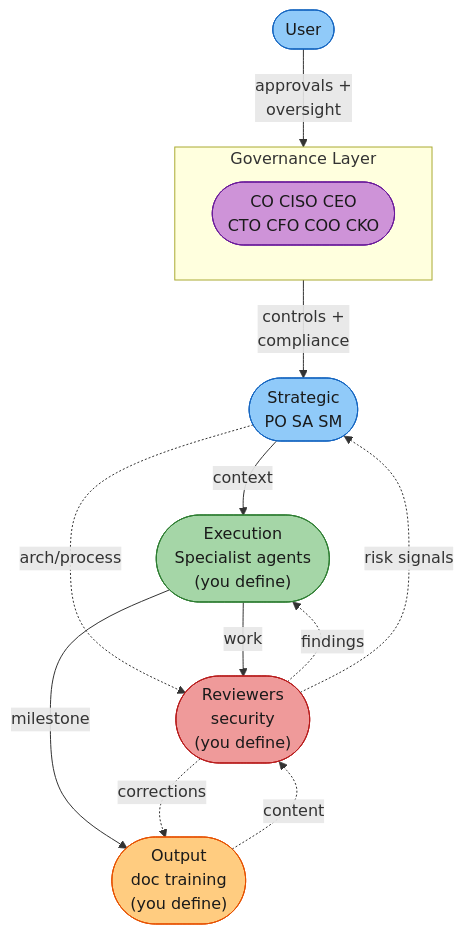
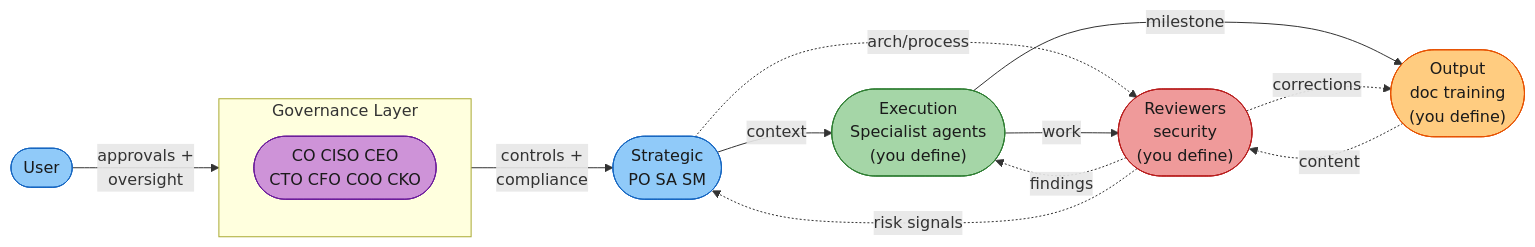
One commit to rdunie/venutian-antfarm changed the first of 23 diagrams in docs/COLLABORATION-MODEL.md. Above: the diagram before and after it, drawn with Mermaid. The commit also changed 2 other files, not shown here.

Commit message:
docs: transpose architecture diagrams to horizontal (LR)
Architecture/governance layer diagrams now run left-to-right.
Lifecycle diagrams remain top-down (TD) for readability.

````diff
--- a/docs/COLLABORATION-MODEL.md
+++ b/docs/COLLABORATION-MODEL.md
@@ -40,31 +40,31 @@
 ```mermaid
-flowchart TD
+flowchart LR
     USER(["User"])
 
     subgraph Gov ["Governance Layer"]
         GOV(["CO  CISO  CEO\nCTO  CFO  COO  CKO"])
     end
 
     S(["Strategic\nPO  SA  SM"])
     E(["Execution\nSpecialist agents\n(you define)"])
     R(["Reviewers\nsecurity\n(you define)"])
     O(["Output\ndoc  training\n(you define)"])
 
     USER -->|"approvals +\noversight"| Gov
     Gov -->|"controls +\ncompliance"| S
     S -->|"context"| E
     S -.->|"arch/process"| R
     E -->|"work"| R
     R -.->|"findings"| E
     R -.->|"risk signals"| S
     E -->|"milestone"| O
     R -.->|"corrections"| O
     O -.->|"content"| R
 
     style USER fill:#90caf9,stroke:#1565c0,color:#1a1a1a
     style GOV fill:#ce93d8,stroke:#6a1b9a,color:#1a1a1a
     style S fill:#90caf9,stroke:#1565c0,color:#1a1a1a
     style E fill:#a5d6a7,stroke:#2e7d32,color:#1a1a1a
     style R fill:#ef9a9a,stroke:#b71c1c,color:#1a1a1a
     style O fill:#ffcc80,stroke:#e65100,color:#1a1a1a
 ```
````
